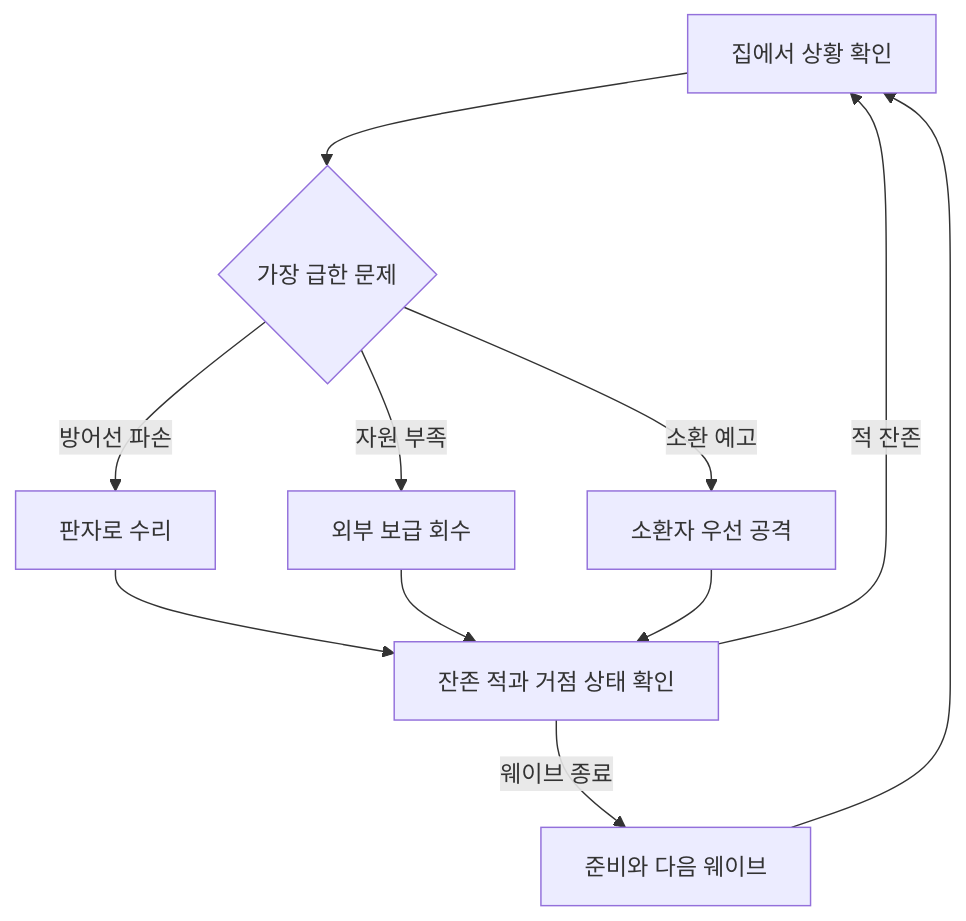
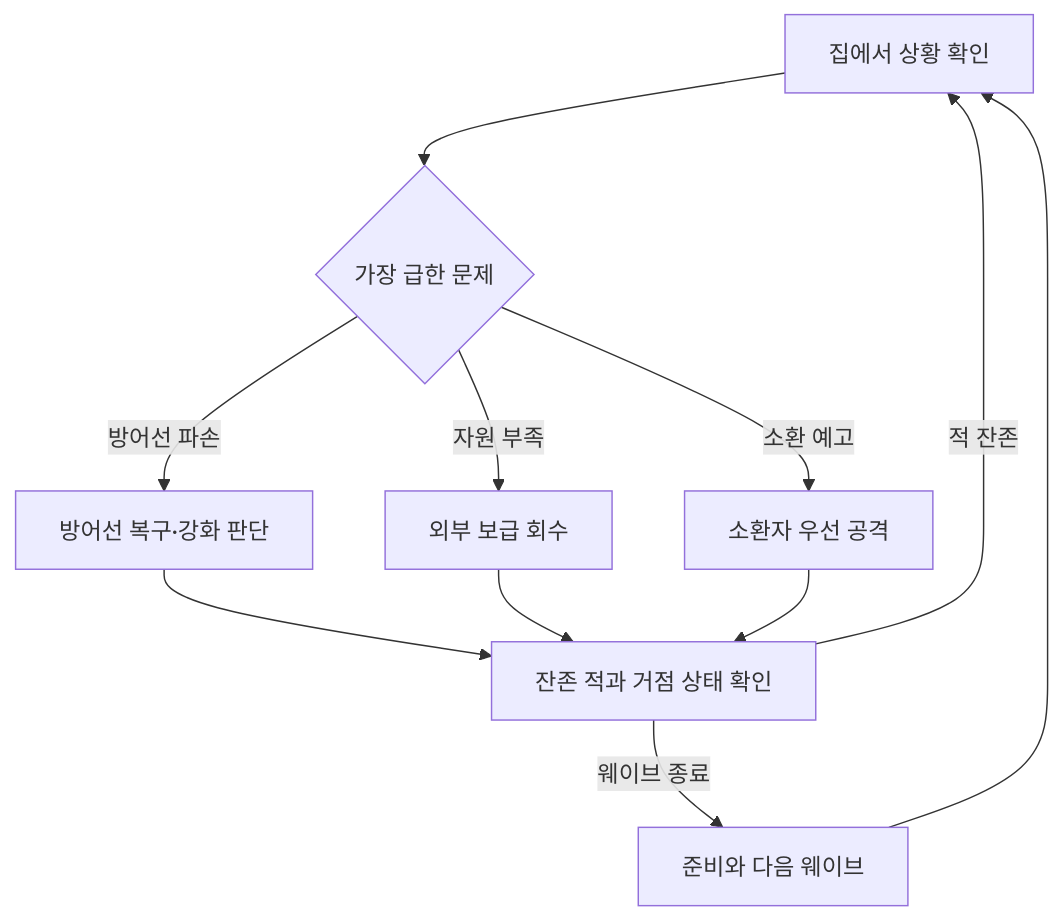
The first of 3 diagrams in Assets/TPS_좀비_서바이벌_상세기획서_v0.1.md (SeoSuHyeon1213/LastNight), drawn with Mermaid before and after one commit. The commit also changed other lines of this file and 80 other files, not shown here.

````diff
--- a/Assets/TPS_좀비_서바이벌_상세기획서_v0.1.md
+++ b/Assets/TPS_좀비_서바이벌_상세기획서_v0.1.md
@@ -52,13 +82,13 @@
 ```mermaid
 flowchart TD
     A["집에서 상황 확인"] --> B{"가장 급한 문제"}
-    B -->|방어선 파손| C["판자로 수리"]
+    B -->|방어선 파손| C["방어선 복구·강화 판단"]
     B -->|자원 부족| D["외부 보급 회수"]
     B -->|소환 예고| E["소환자 우선 공격"]
     C --> F["잔존 적과 거점 상태 확인"]
     D --> F
     E --> F
     F -->|적 잔존| A
     F -->|웨이브 종료| G["준비와 다음 웨이브"]
     G --> A
 ```
````
